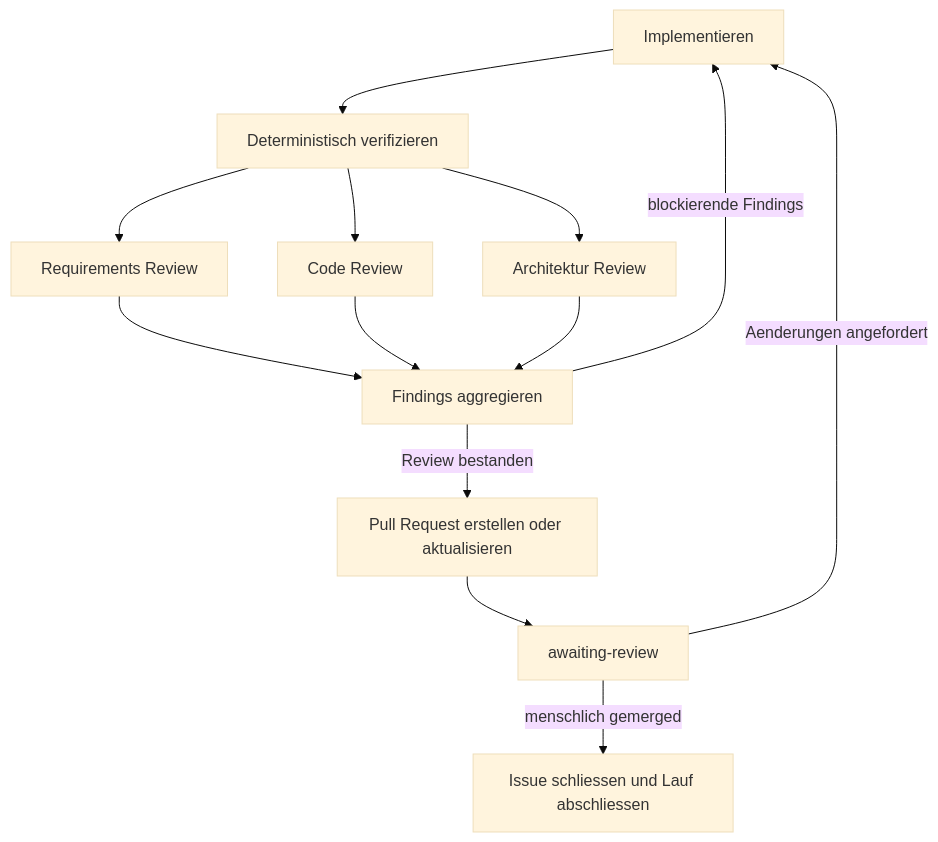
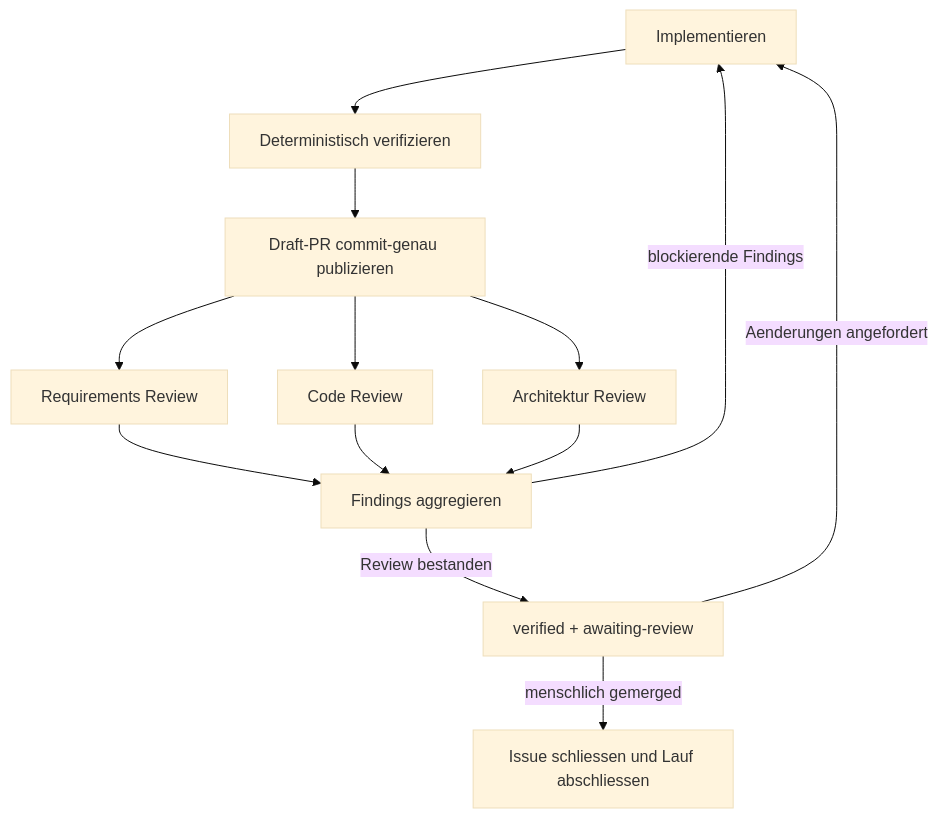
The second of 2 diagrams in docs/langgraph-github-issue-pilot.md (paradox123/shared-ai-docs), drawn with Mermaid (base theme) before and after one commit. The commit also changed other lines of this file and 26 other files, not shown here.

Commit message:
feat: verify draft pull requests with independent reviews

````diff
--- a/docs/langgraph-github-issue-pilot.md
+++ b/docs/langgraph-github-issue-pilot.md
@@ -158,15 +158,15 @@
 ```mermaid
 flowchart TD
     I["Implementieren"] --> V["Deterministisch verifizieren"]
-    V --> RR["Requirements Review"]
-    V --> CR["Code Review"]
-    V --> AR["Architektur Review"]
+    V --> PR["Draft-PR commit-genau publizieren"]
+    PR --> RR["Requirements Review"]
+    PR --> CR["Code Review"]
+    PR --> AR["Architektur Review"]
     RR --> A["Findings aggregieren"]
     CR --> A
     AR --> A
     A -->|"blockierende Findings"| I
-    A -->|"Review bestanden"| PR["Pull Request erstellen oder aktualisieren"]
-    PR --> H["awaiting-review"]
+    A -->|"Review bestanden"| H["verified + awaiting-review"]
     H -->|"Aenderungen angefordert"| I
     H -->|"menschlich gemerged"| C["Issue schliessen und Lauf abschliessen"]
 ```
````
